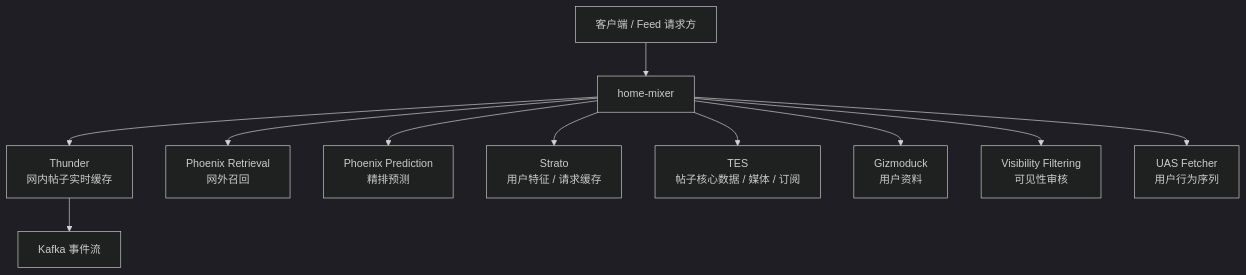
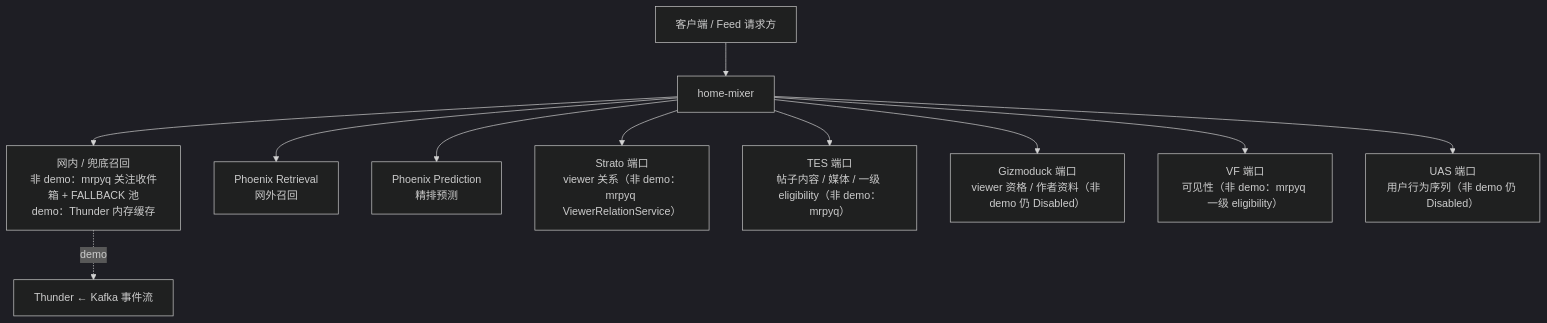
The first of 2 diagrams in docs/home-mixer/01-system-overview.md (freefcw/x-algorithm), drawn with Mermaid (dark theme) before and after one commit. The commit also changed other lines of this file and 21 other files, not shown here.

````diff
--- a/docs/home-mixer/01-system-overview.md
+++ b/docs/home-mixer/01-system-overview.md
@@ -7,15 +7,15 @@
 ```mermaid
 flowchart TB
     Client["客户端 / Feed 请求方"] --> HM["home-mixer"]
 
-    HM --> Thunder["Thunder<br/>网内帖子实时缓存"]
+    HM --> InNet["网内 / 兜底召回<br/>非 demo：mrpyq 关注收件箱 + FALLBACK 池<br/>demo：Thunder 内存缓存"]
     HM --> PhoenixRetrieve["Phoenix Retrieval<br/>网外召回"]
     HM --> PhoenixPredict["Phoenix Prediction<br/>精排预测"]
-    HM --> Strato["Strato<br/>用户特征 / 请求缓存"]
-    HM --> TES["TES<br/>帖子核心数据 / 媒体 / 订阅"]
-    HM --> Gizmoduck["Gizmoduck<br/>用户资料"]
-    HM --> VF["Visibility Filtering<br/>可见性审核"]
-    HM --> UAS["UAS Fetcher<br/>用户行为序列"]
+    HM --> Strato["Strato 端口<br/>viewer 关系（非 demo：mrpyq ViewerRelationService）"]
+    HM --> TES["TES 端口<br/>帖子内容 / 媒体 / 一级 eligibility（非 demo：mrpyq）"]
+    HM --> Gizmoduck["Gizmoduck 端口<br/>viewer 资格 / 作者资料（非 demo 仍 Disabled）"]
+    HM --> VF["VF 端口<br/>可见性（非 demo：mrpyq 一级 eligibility）"]
+    HM --> UAS["UAS 端口<br/>用户行为序列（非 demo 仍 Disabled）"]
 
-    Thunder --> Kafka["Kafka 事件流"]
+    InNet -. demo .-> Kafka["Thunder ← Kafka 事件流"]
 ```
````
